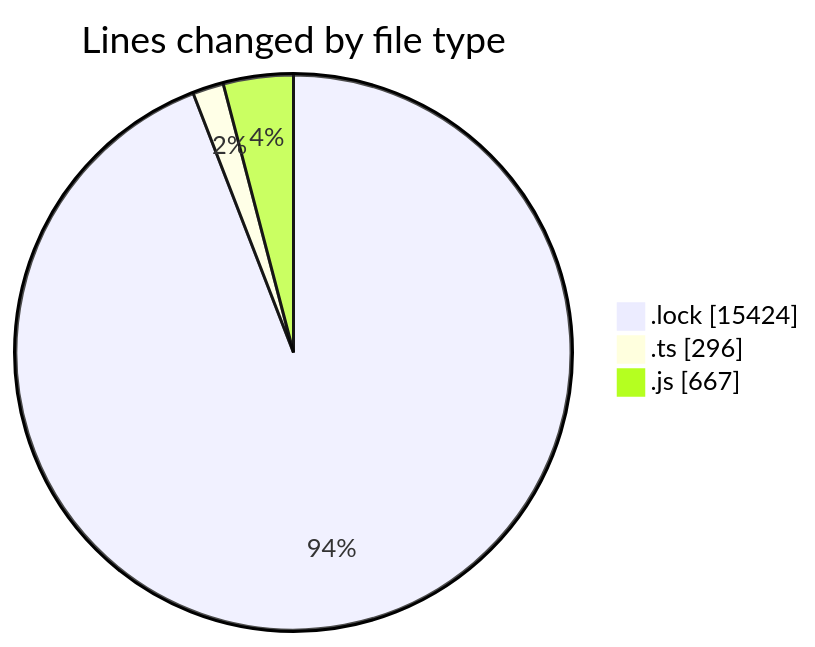
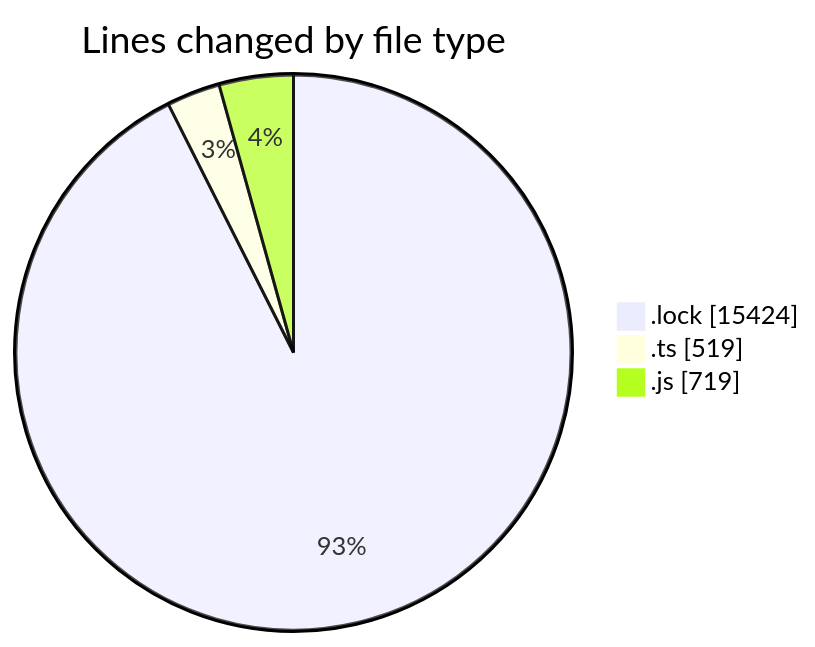
Before and after one commit to momahboobian/code-tracking: the first of 2 diagrams in 2025-05-22/cda/README.md, drawn with Mermaid. The commit also changed other lines of this file and 1 other file, not shown here.

````diff
--- a/2025-05-22/cda/README.md
+++ b/2025-05-22/cda/README.md
@@ -22,7 +24,7 @@
 ```mermaid
 pie showData
 title Lines changed by file type
 ".lock" : 15424
-".ts" : 296
-".js" : 667
+".ts" : 519
+".js" : 719
 ```
````
